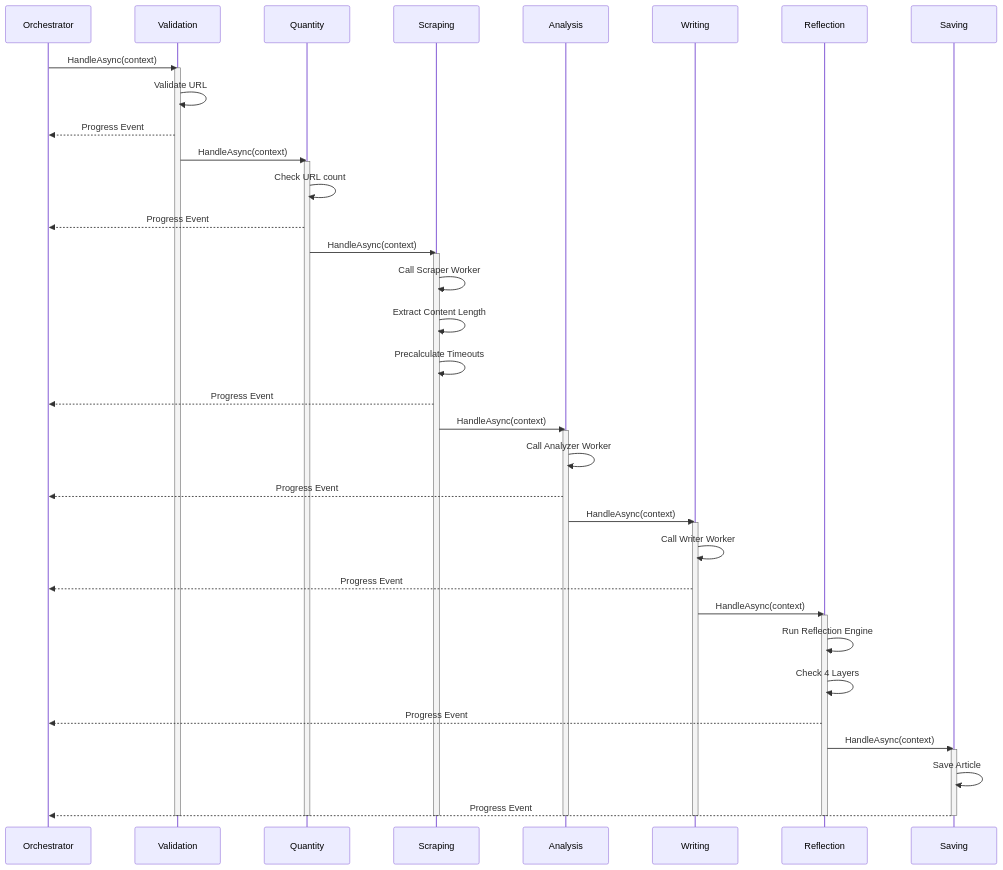
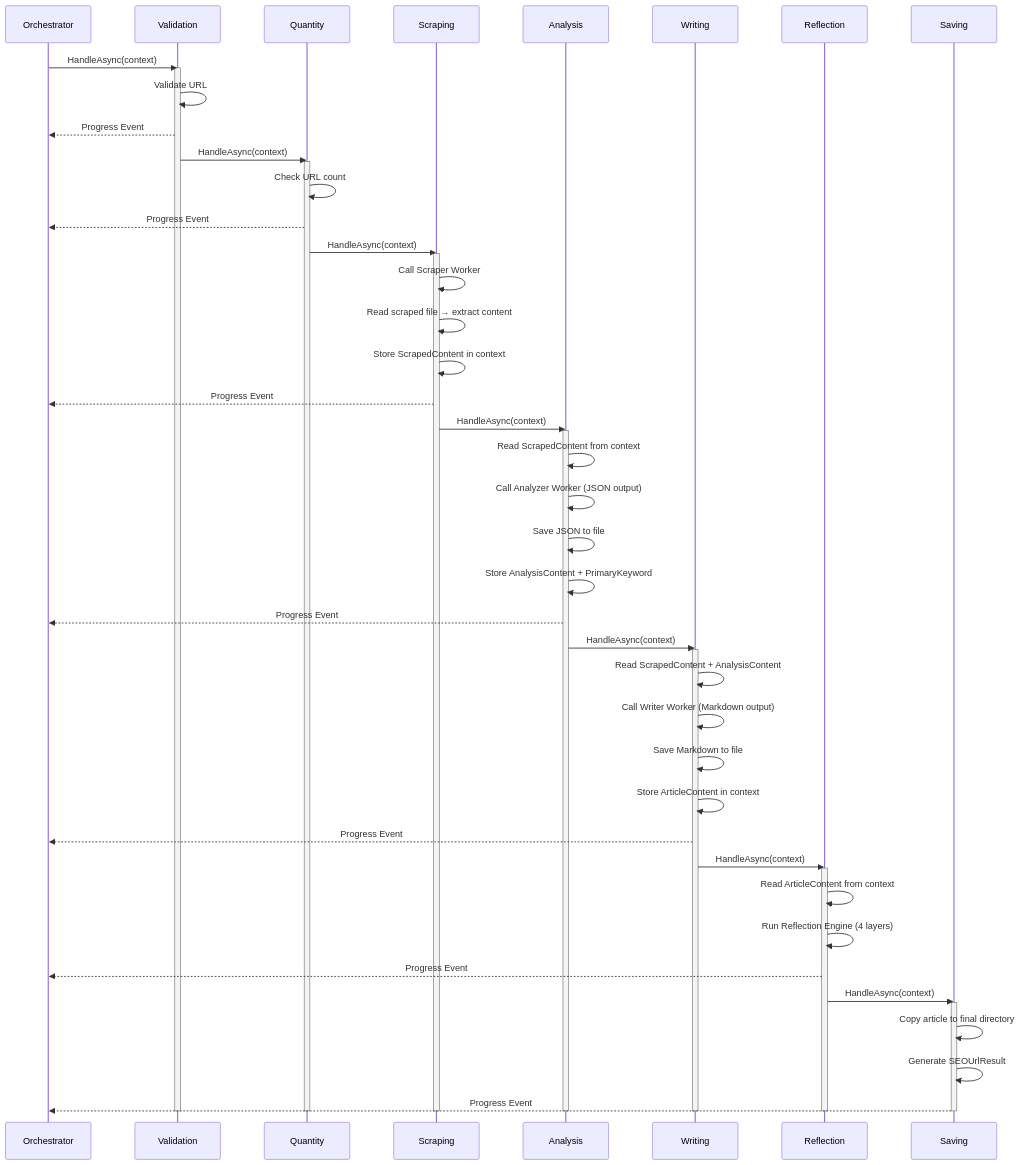
One commit to hoangnc/VNMLAgentFramework changed the fourth of 13 diagrams in SEO_Architecture_Design_VN.md. Above: the diagram before and after it, drawn with Mermaid. The commit also changed other lines of this file, not shown here.

````diff
--- a/SEO_Architecture_Design_VN.md
+++ b/SEO_Architecture_Design_VN.md
@@ -283,50 +286,57 @@
 ```mermaid
 sequenceDiagram
     participant O as Orchestrator
     participant V as Validation
     participant Q as Quantity
     participant S as Scraping
     participant A as Analysis
     participant W as Writing
     participant R as Reflection
     participant SV as Saving
 
     O->>V: HandleAsync(context)
     activate V
     V->>V: Validate URL
     V-->>O: Progress Event
     V->>Q: HandleAsync(context)
     activate Q
     Q->>Q: Check URL count
     Q-->>O: Progress Event
     Q->>S: HandleAsync(context)
     activate S
     S->>S: Call Scraper Worker
-    S->>S: Extract Content Length
-    S->>S: Precalculate Timeouts
+    S->>S: Read scraped file → extract content
+    S->>S: Store ScrapedContent in context
     S-->>O: Progress Event
     S->>A: HandleAsync(context)
     activate A
-    A->>A: Call Analyzer Worker
+    A->>A: Read ScrapedContent from context
+    A->>A: Call Analyzer Worker (JSON output)
+    A->>A: Save JSON to file
+    A->>A: Store AnalysisContent + PrimaryKeyword
     A-->>O: Progress Event
     A->>W: HandleAsync(context)
     activate W
-    W->>W: Call Writer Worker
+    W->>W: Read ScrapedContent + AnalysisContent
+    W->>W: Call Writer Worker (Markdown output)
+    W->>W: Save Markdown to file
+    W->>W: Store ArticleContent in context
     W-->>O: Progress Event
     W->>R: HandleAsync(context)
     activate R
-    R->>R: Run Reflection Engine
-    R->>R: Check 4 Layers
+    R->>R: Read ArticleContent from context
+    R->>R: Run Reflection Engine (4 layers)
     R-->>O: Progress Event
     R->>SV: HandleAsync(context)
     activate SV
-    SV->>SV: Save Article
+    SV->>SV: Copy article to final directory
+    SV->>SV: Generate SEOUrlResult
     SV-->>O: Progress Event
     deactivate SV
     deactivate R
     deactivate W
     deactivate A
     deactivate S
     deactivate Q
     deactivate V
 ```
````
